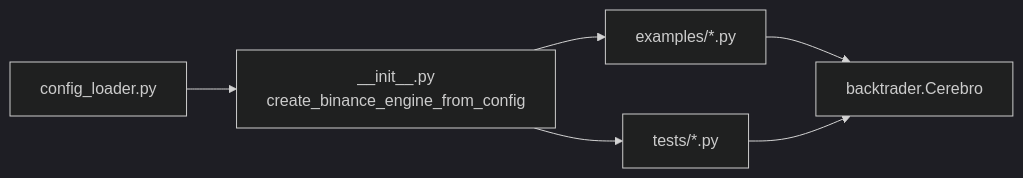
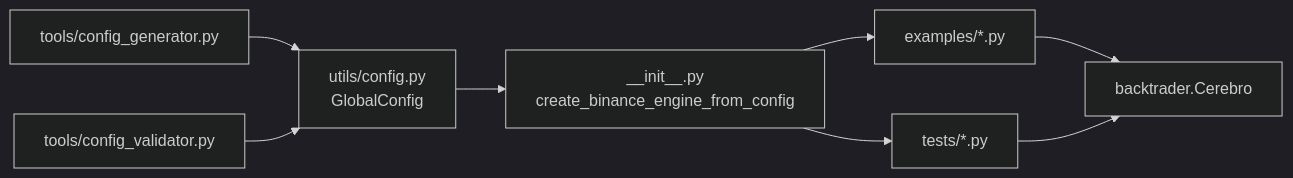
The fourth of 4 diagrams in .qoder/repowiki/zh/content/实盘交易模块/Binance交易所集成/示例脚本集.md (bench-prog/backtrader), drawn with Mermaid (dark theme) before and after one commit. The commit also changed other lines of this file and 4 other files, not shown here.

````diff
--- a/.qoder/repowiki/zh/content/实盘交易模块/Binance交易所集成/示例脚本集.md
+++ b/.qoder/repowiki/zh/content/实盘交易模块/Binance交易所集成/示例脚本集.md
@@ -300,8 +372,10 @@
 ```mermaid
 graph LR
-CL["config_loader.py"] --> IF["__init__.py<br/>create_binance_engine_from_config"]
+GC["utils/config.py<br/>GlobalConfig"] --> IF["__init__.py<br/>create_binance_engine_from_config"]
 IF --> EX["examples/*.py"]
 IF --> TS["tests/*.py"]
+CG["tools/config_generator.py"] --> GC
+CV["tools/config_validator.py"] --> GC
 EX --> BT["backtrader.Cerebro"]
 TS --> BT
 ```
````
